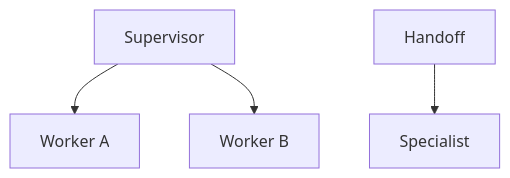
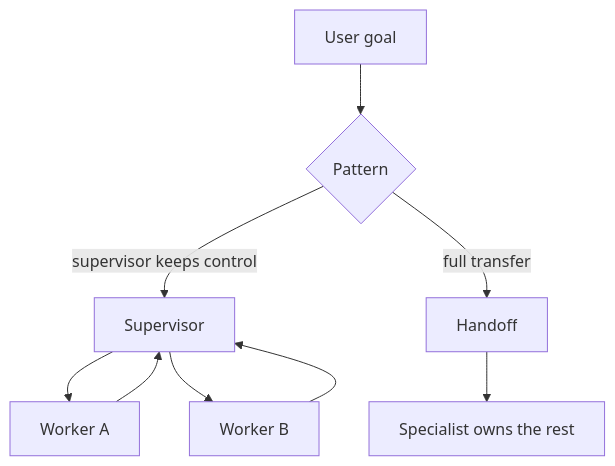
The diagram in 14-MULTI-AGENT-SYSTEMS/01-overview.md (krishnaviswa/AiLearner), drawn with Mermaid before and after one commit. The commit also changed 109 other files, not shown here.

Commit message:
Enhance dependency graphs and styling across multiple HTML files. Added class definitions for various components to improve visual representation and organization. Updated flowcharts to include subgraphs for better clarity in the architecture and decision-making processes.

````diff
--- a/14-MULTI-AGENT-SYSTEMS/01-overview.md
+++ b/14-MULTI-AGENT-SYSTEMS/01-overview.md
@@ -28,6 +28,11 @@
 ```mermaid
 flowchart TB
-  S[Supervisor] --> W1[Worker A]
+  U[User goal] --> P{Pattern}
+  P -->|supervisor keeps control| S[Supervisor]
+  S --> W1[Worker A]
   S --> W2[Worker B]
-  H[Handoff] --> W3[Specialist]
+  W1 --> S
+  W2 --> S
+  P -->|full transfer| H[Handoff]
+  H --> Sp[Specialist owns the rest]
 ```
````
